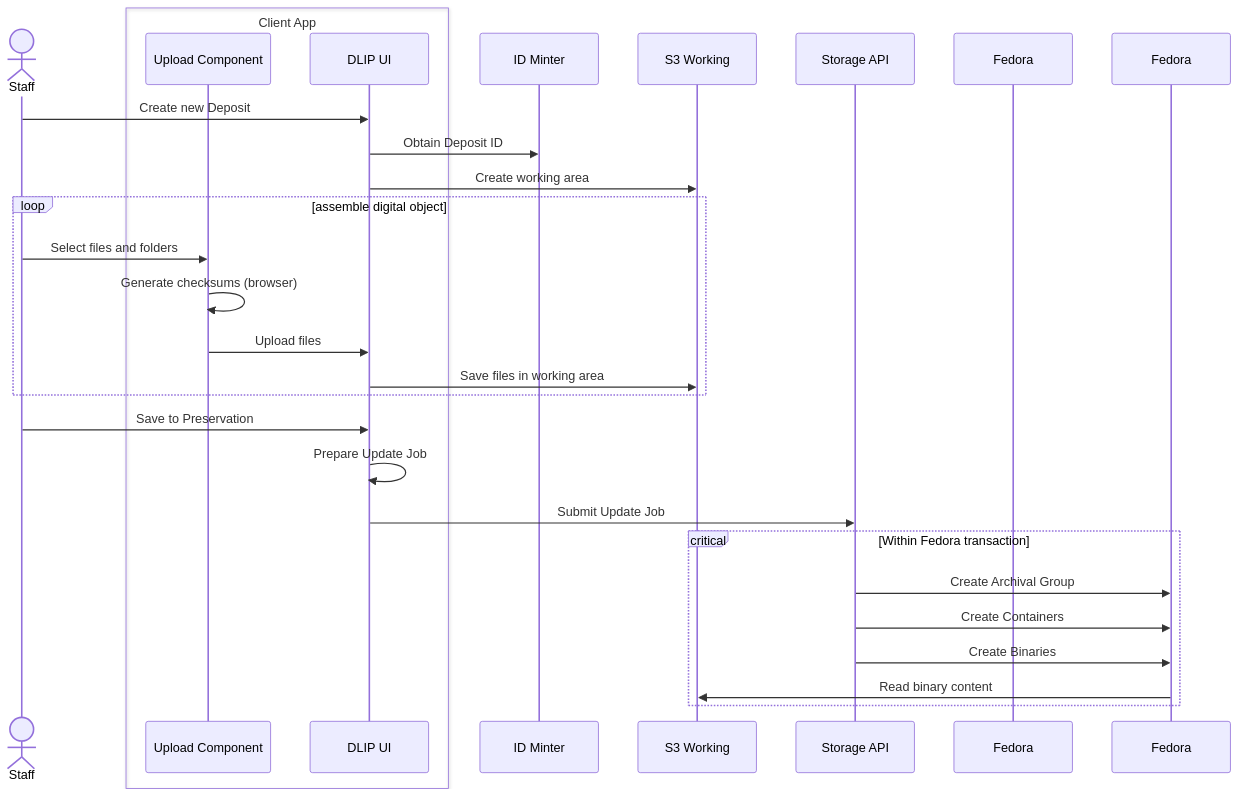
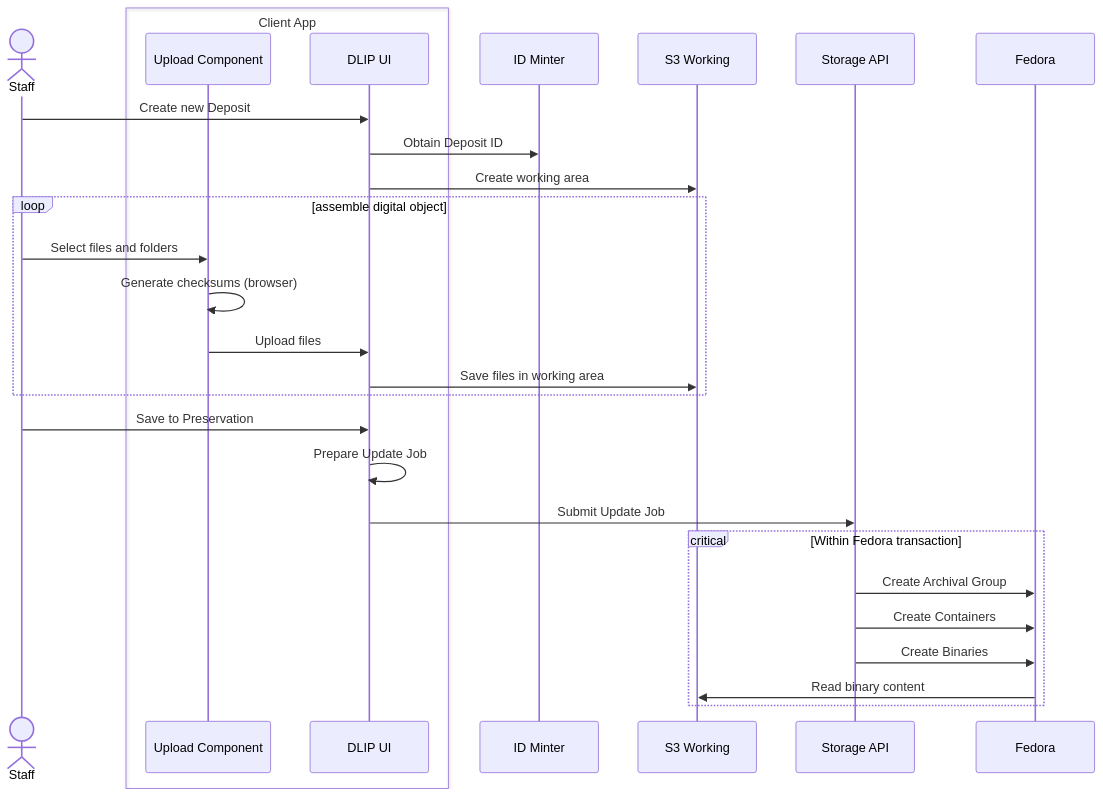
One commit to digirati-co-uk/digital-preservation-docs changed the diagram in sequence-diagrams/create-deposit.md. Above: the diagram before and after it, drawn with Mermaid.

Commit message:
Only one fedora

````diff
--- a/sequence-diagrams/create-deposit.md
+++ b/sequence-diagrams/create-deposit.md
@@ -5,31 +5,31 @@
 ```mermaid
 sequenceDiagram
     actor A as Staff
     box Client App
     participant UP as Upload Component
     participant UI as DLIP UI
     end
     participant ID as ID Minter
     participant S3 as S3 Working
     participant Storage as Storage API
-    participant F as Fedora
+    participant Fedora
     
     A->>UI: Create new Deposit
     UI->>ID: Obtain Deposit ID
     UI->>S3: Create working area
     loop assemble digital object
         A->>UP: Select files and folders
         UP->>UP: Generate checksums (browser)
         UP->>UI: Upload files
         UI->>S3: Save files in working area
     end
     A->>UI: Save to Preservation
     UI->>UI: Prepare Update Job
     UI->>Storage: Submit Update Job
     critical Within Fedora transaction
         Storage->>Fedora: Create Archival Group
         Storage->>Fedora: Create Containers
         Storage->>Fedora: Create Binaries
         Fedora->>S3: Read binary content
     end
 ```
````
